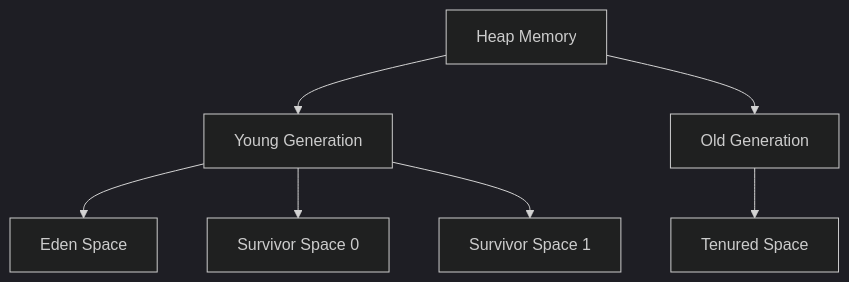
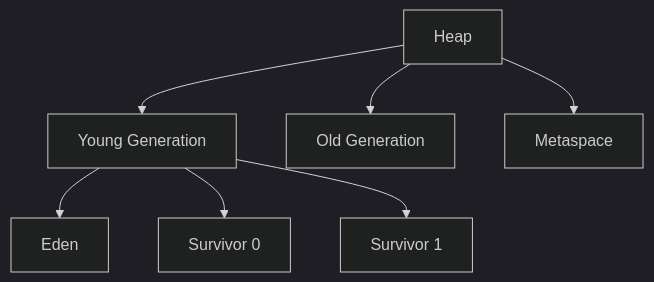
The diagram in garbage-collection-algorithms/README.md (VrushankPatel/interview-matters), drawn with Mermaid (dark theme) before and after one commit. The commit also changed other lines of this file and 3 other files, not shown here.

````diff
--- a/garbage-collection-algorithms/README.md
+++ b/garbage-collection-algorithms/README.md
@@ -23,9 +42,9 @@
 ```mermaid
 graph TD
-    A[Heap Memory] --> B[Young Generation]
+    A[Heap] --> B[Young Generation]
     A --> C[Old Generation]
-    B --> D[Eden Space]
-    B --> E[Survivor Space 0]
-    B --> F[Survivor Space 1]
-    C --> G[Tenured Space]
+    A --> D[Metaspace]
+    B --> E[Eden]
+    B --> F[Survivor 0]
+    B --> G[Survivor 1]
 ```
````
